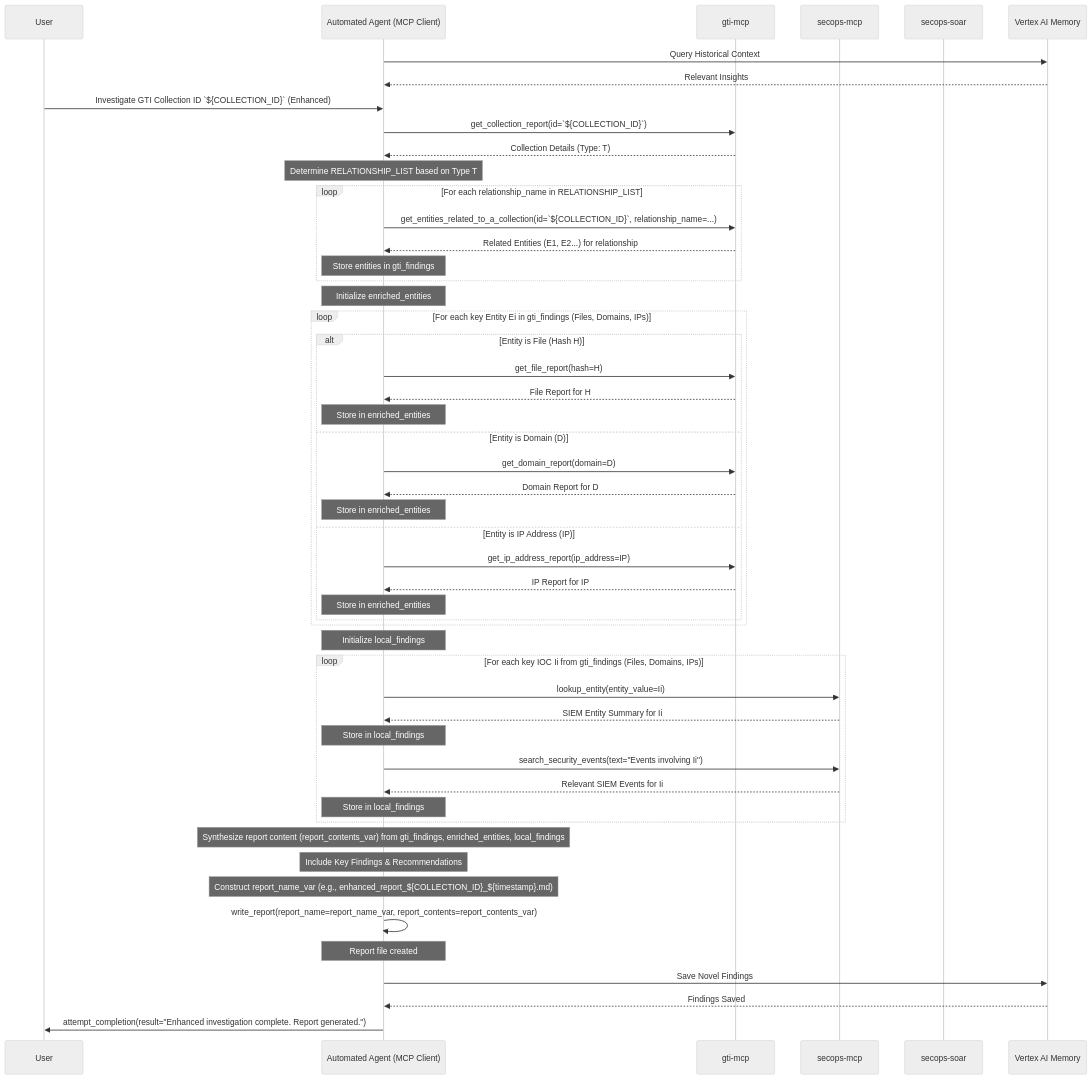
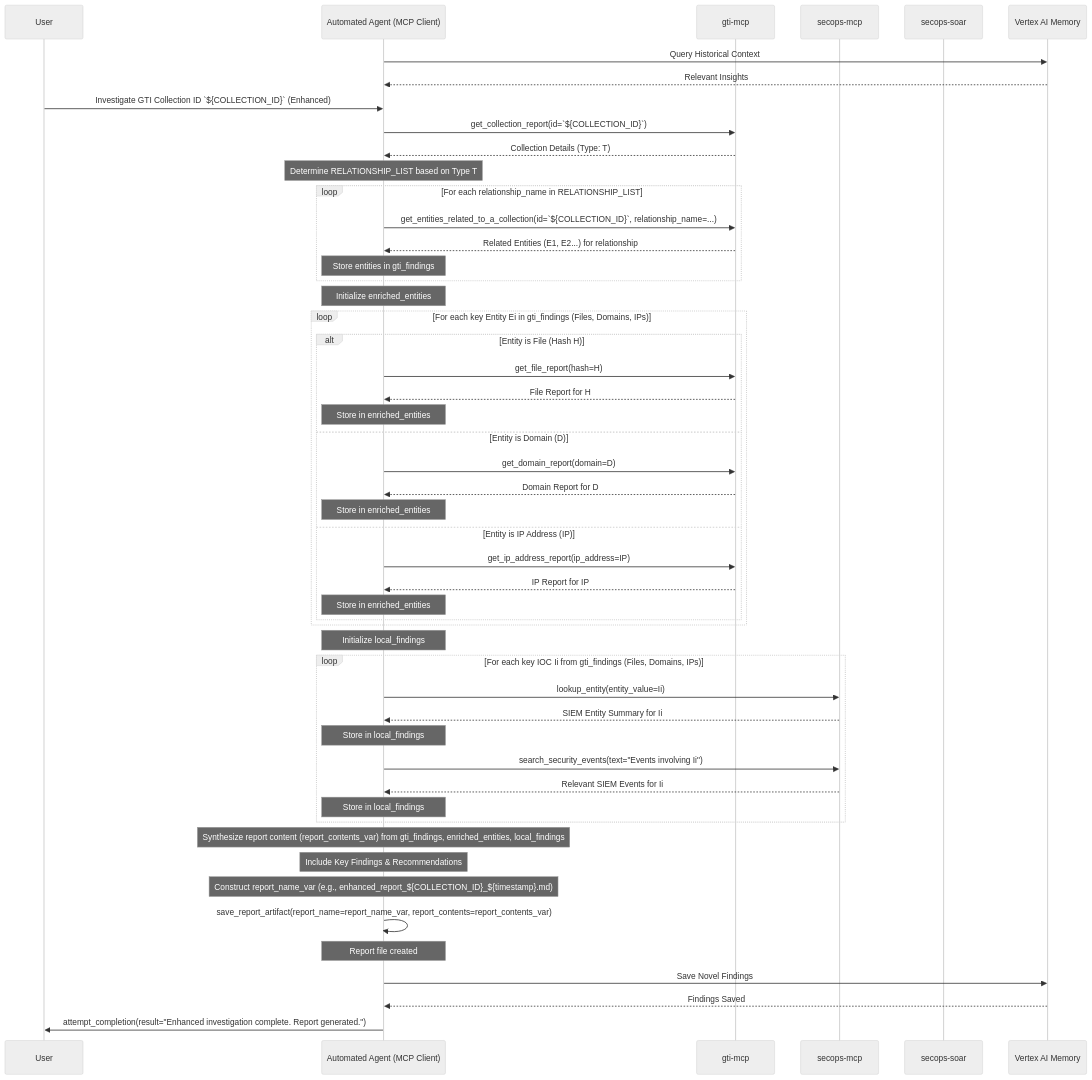
One commit to dandye/adk_runbooks changed the diagram in rules-bank/run_books/investigate_a_gti_collection_id.md. Above: the diagram before and after it, drawn with Mermaid (neutral theme). The commit also changed other lines of this file and 109 other files, not shown here.

````diff
--- a/rules-bank/run_books/investigate_a_gti_collection_id.md
+++ b/rules-bank/run_books/investigate_a_gti_collection_id.md
@@ -56,74 +59,74 @@
 ```mermaid
 sequenceDiagram
     participant User
     participant AutomatedAgent as Automated Agent (MCP Client)
     participant GTI as gti-mcp
     participant SIEM as secops-mcp
     participant SOAR as secops-soar
     participant Memory as Vertex AI Memory
 
 
     %% Step: Query Memory Context
     AutomatedAgent->>Memory: Query Historical Context
     Memory-->>AutomatedAgent: Relevant Insights
     User->>AutomatedAgent: Investigate GTI Collection ID `${COLLECTION_ID}` (Enhanced)
 
     %% Step 1: Initial Collection Context
     AutomatedAgent->>GTI: get_collection_report(id=`${COLLECTION_ID}`)
     GTI-->>AutomatedAgent: Collection Details (Type: T)
 
     %% Step 2 & 3: Define & Investigate Relationships
     Note over AutomatedAgent: Determine RELATIONSHIP_LIST based on Type T
     loop For each relationship_name in RELATIONSHIP_LIST
         AutomatedAgent->>GTI: get_entities_related_to_a_collection(id=`${COLLECTION_ID}`, relationship_name=...)
         GTI-->>AutomatedAgent: Related Entities (E1, E2...) for relationship
         Note over AutomatedAgent: Store entities in gti_findings
     end
 
     %% Step 4: Detailed GTI Entity Enrichment
     Note over AutomatedAgent: Initialize enriched_entities
     loop For each key Entity Ei in gti_findings (Files, Domains, IPs)
         alt Entity is File (Hash H)
             AutomatedAgent->>GTI: get_file_report(hash=H)
             GTI-->>AutomatedAgent: File Report for H
             Note over AutomatedAgent: Store in enriched_entities
         else Entity is Domain (D)
             AutomatedAgent->>GTI: get_domain_report(domain=D)
             GTI-->>AutomatedAgent: Domain Report for D
             Note over AutomatedAgent: Store in enriched_entities
         else Entity is IP Address (IP)
             AutomatedAgent->>GTI: get_ip_address_report(ip_address=IP)
             GTI-->>AutomatedAgent: IP Report for IP
             Note over AutomatedAgent: Store in enriched_entities
         end
     end
 
     %% Step 5: Local Environment Correlation
     Note over AutomatedAgent: Initialize local_findings
     loop For each key IOC Ii from gti_findings (Files, Domains, IPs)
         AutomatedAgent->>SIEM: lookup_entity(entity_value=Ii)
         SIEM-->>AutomatedAgent: SIEM Entity Summary for Ii
         Note over AutomatedAgent: Store in local_findings
         AutomatedAgent->>SIEM: search_security_events(text="Events involving Ii")
         SIEM-->>AutomatedAgent: Relevant SIEM Events for Ii
         Note over AutomatedAgent: Store in local_findings
     end
     %% Optional SOAR Check (Conceptual)
     %% AutomatedAgent->>SOAR: list_cases(filter="Related to Campaign/Actor from GTI")
     %% SOAR-->>AutomatedAgent: Potentially related SOAR cases
 
     %% Step 6 & 7: Synthesize Report and Write File
     Note over AutomatedAgent: Synthesize report content (report_contents_var) from gti_findings, enriched_entities, local_findings
     Note over AutomatedAgent: Include Key Findings & Recommendations
     Note over AutomatedAgent: Construct report_name_var (e.g., enhanced_report_${COLLECTION_ID}_${timestamp}.md)
-    AutomatedAgent->>AutomatedAgent: write_report(report_name=report_name_var, report_contents=report_contents_var)
+    AutomatedAgent->>AutomatedAgent: save_report_artifact(report_name=report_name_var, report_contents=report_contents_var)
     Note over AutomatedAgent: Report file created
 
 
     %% Step: Save Findings to Memory
     AutomatedAgent->>Memory: Save Novel Findings
     Memory-->>AutomatedAgent: Findings Saved
     AutomatedAgent->>User: attempt_completion(result="Enhanced investigation complete. Report generated.")
 
 
 ```
````
